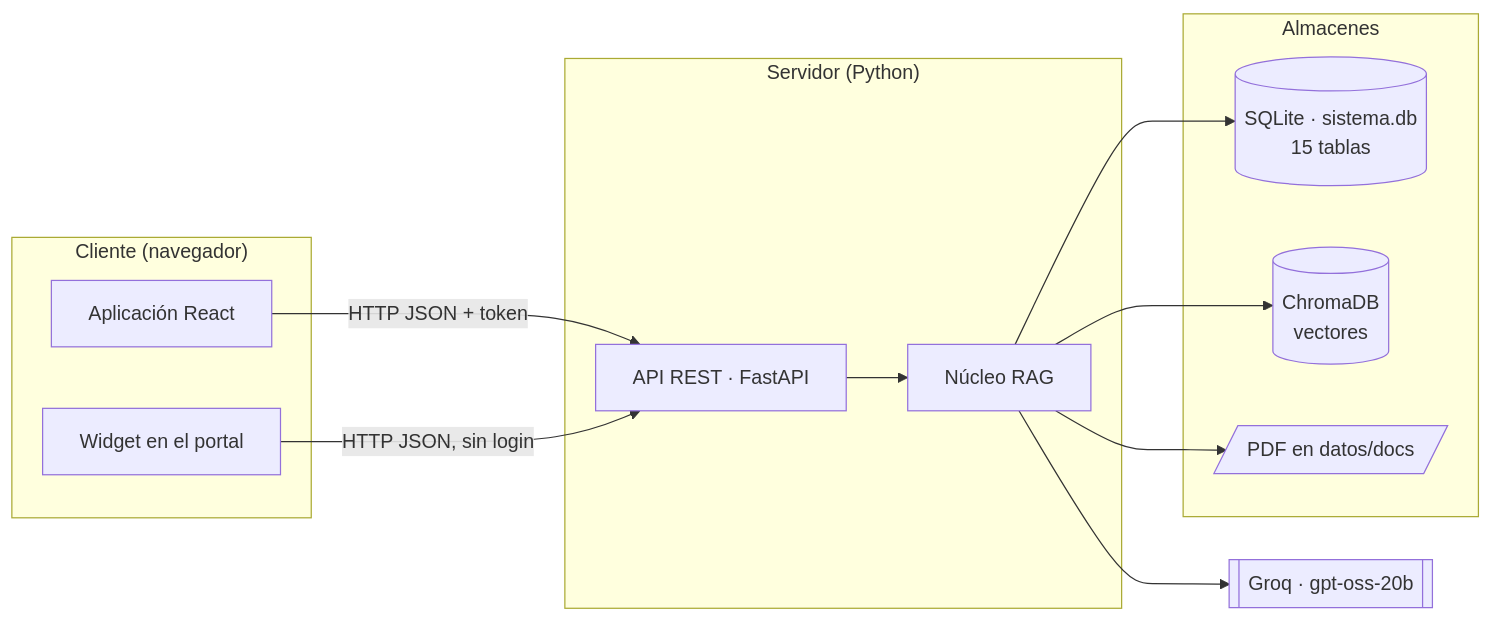
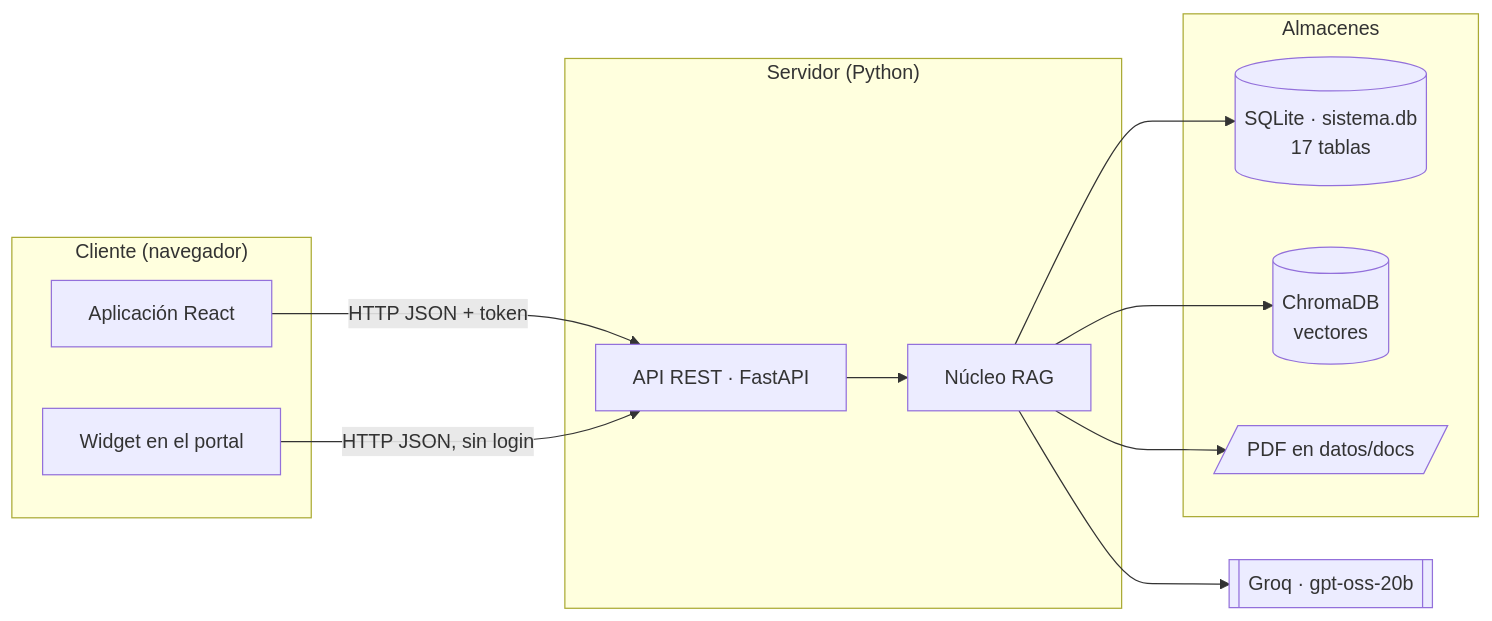
Before and after one commit to AlexJavierQ/Tesis: the first of 2 diagrams in documentacion/DISENO_ARQUITECTURA.md, drawn with Mermaid. The commit also changed other lines of this file and 10 other files, not shown here.

````diff
--- a/documentacion/DISENO_ARQUITECTURA.md
+++ b/documentacion/DISENO_ARQUITECTURA.md
@@ -5,28 +5,28 @@
 ```mermaid
 flowchart LR
     subgraph Cliente["Cliente (navegador)"]
         R[Aplicación React]
         W[Widget en el portal]
     end
 
     subgraph Servidor["Servidor (Python)"]
         A[API REST · FastAPI]
         N[Núcleo RAG]
     end
 
     subgraph Datos["Almacenes"]
-        S[(SQLite · sistema.db<br/>15 tablas)]
+        S[(SQLite · sistema.db<br/>17 tablas)]
         Ch[(ChromaDB<br/>vectores)]
         F[/PDF en datos/docs/]
     end
 
     LLM[[Groq · gpt-oss-20b]]
 
     R -->|HTTP JSON + token| A
     W -->|HTTP JSON, sin login| A
     A --> N
     N --> S
     N --> Ch
     N --> F
     N --> LLM
 ```
````
